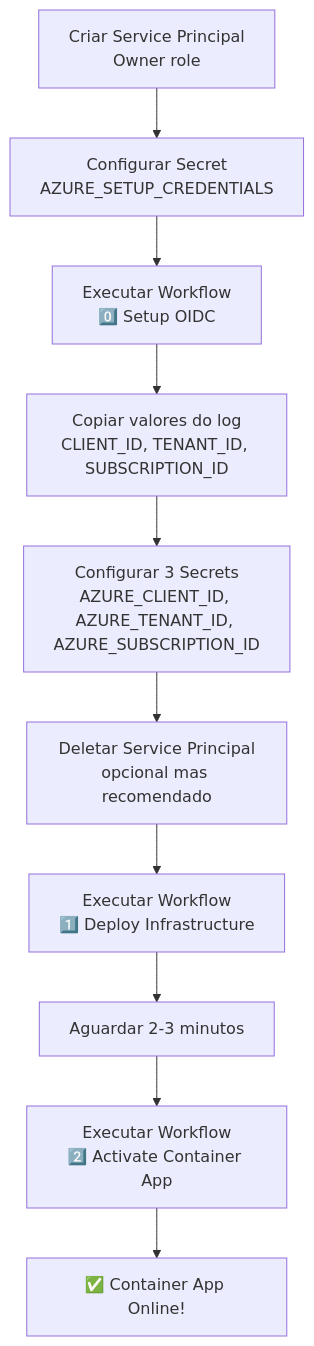
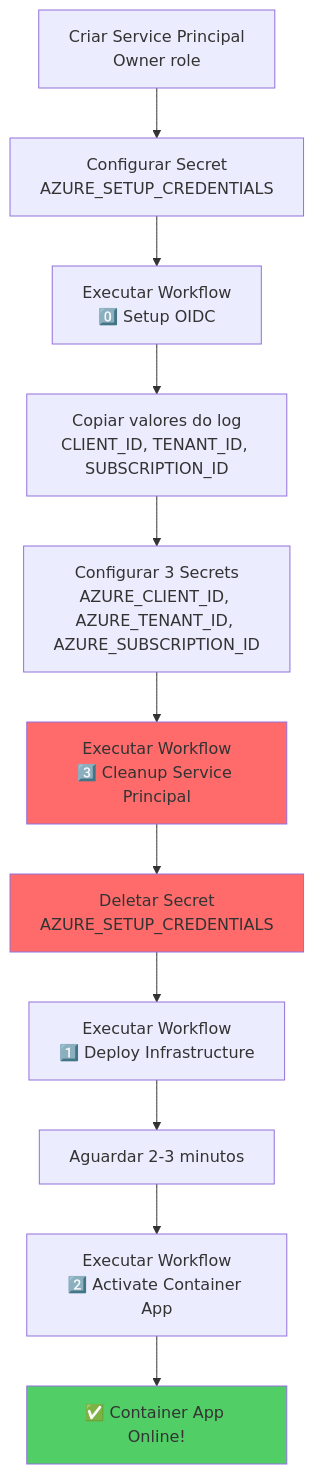
Before and after one commit to macieljrBiz/ai-container-demo: the diagram in .github/SETUP-OIDC-WORKFLOW.md, drawn with Mermaid. The commit also changed other lines of this file and 3 other files, not shown here.

First line of the commit message:
feat: add automated Service Principal cleanup workflow

````diff
--- a/.github/SETUP-OIDC-WORKFLOW.md
+++ b/.github/SETUP-OIDC-WORKFLOW.md
@@ -128,12 +157,17 @@
 ```mermaid
 flowchart TD
     A[Criar Service Principal<br/>Owner role] --> B[Configurar Secret<br/>AZURE_SETUP_CREDENTIALS]
     B --> C[Executar Workflow<br/>0️⃣ Setup OIDC]
     C --> D[Copiar valores do log<br/>CLIENT_ID, TENANT_ID, SUBSCRIPTION_ID]
     D --> E[Configurar 3 Secrets<br/>AZURE_CLIENT_ID, AZURE_TENANT_ID, AZURE_SUBSCRIPTION_ID]
-    E --> F[Deletar Service Principal<br/>opcional mas recomendado]
-    F --> G[Executar Workflow<br/>1️⃣ Deploy Infrastructure]
-    G --> H[Aguardar 2-3 minutos]
-    H --> I[Executar Workflow<br/>2️⃣ Activate Container App]
-    I --> J[✅ Container App Online!]
+    E --> F[Executar Workflow<br/>3️⃣ Cleanup Service Principal]
+    F --> G[Deletar Secret<br/>AZURE_SETUP_CREDENTIALS]
+    G --> H[Executar Workflow<br/>1️⃣ Deploy Infrastructure]
+    H --> I[Aguardar 2-3 minutos]
+    I --> J[Executar Workflow<br/>2️⃣ Activate Container App]
+    J --> K[✅ Container App Online!]
+    
+    style F fill:#ff6b6b
+    style G fill:#ff6b6b
+    style K fill:#51cf66
 ```
````
